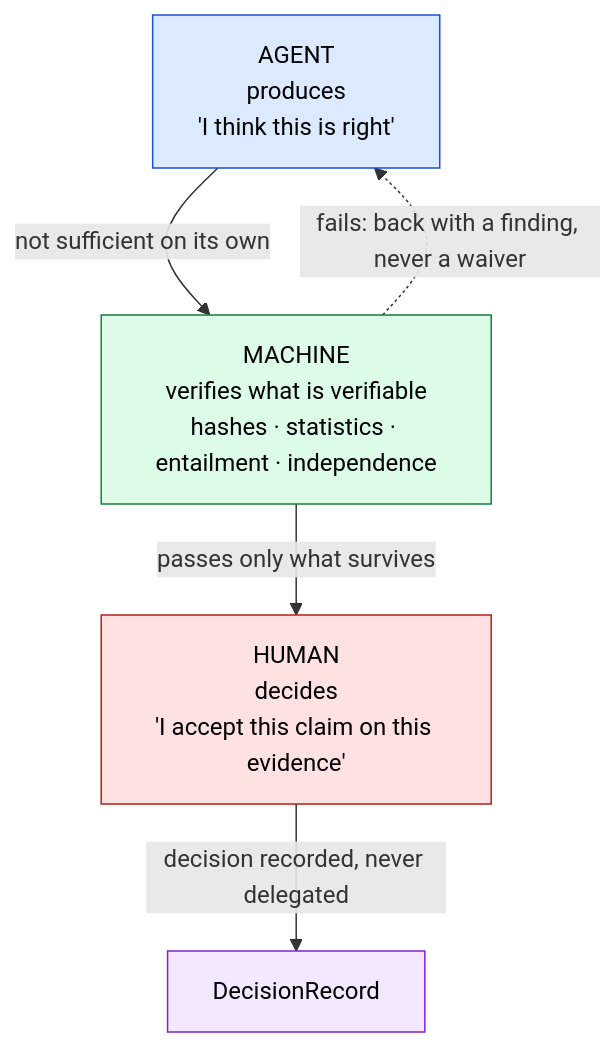
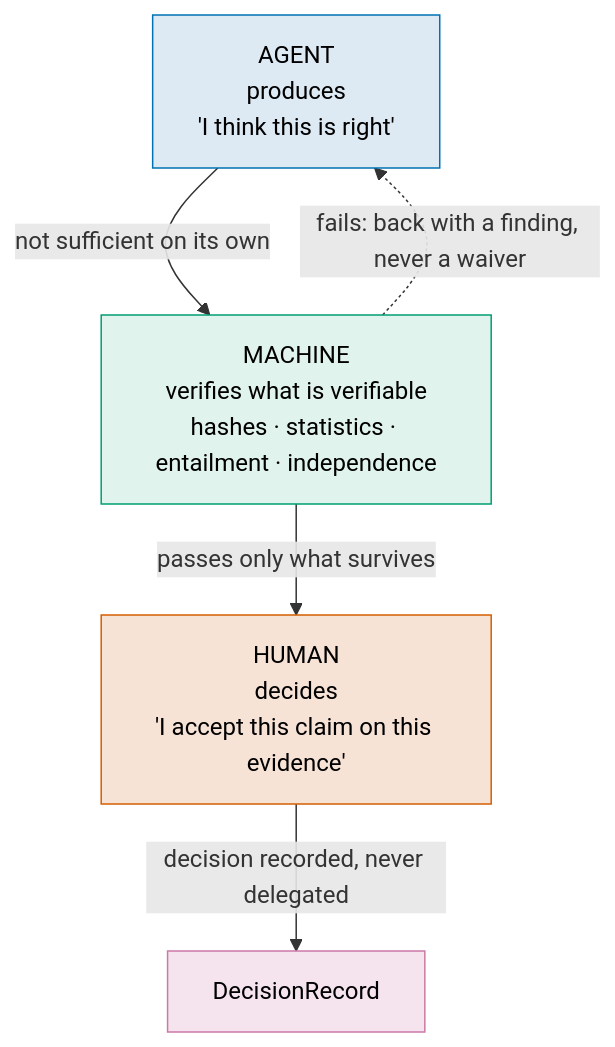
One commit to furkanhanilci/AETHRION changed the second of 16 diagrams in README.md. Above: the diagram before and after it, drawn with Mermaid. The commit also changed other lines of this file and 32 other files, not shown here.

````diff
--- a/README.md
+++ b/README.md
@@ -110,14 +120,14 @@
 ```mermaid
 flowchart TD
     A["AGENT<br/>produces<br/>'I think this is right'"]
     M["MACHINE<br/>verifies what is verifiable<br/>hashes · statistics · entailment · independence"]
     H["HUMAN<br/>decides<br/>'I accept this claim on this evidence'"]
     A -->|"not sufficient on its own"| M
     M -->|"passes only what survives"| H
     H -->|"decision recorded, never delegated"| R["DecisionRecord"]
     M -.->|"fails: back with a finding, never a waiver"| A
-    style A fill:#dbeafe,stroke:#1d4ed8,color:#000
-    style M fill:#dcfce7,stroke:#15803d,color:#000
-    style H fill:#fee2e2,stroke:#b91c1c,color:#000
-    style R fill:#f3e8ff,stroke:#7e22ce,color:#000
+    style A fill:#DDEAF4,stroke:#0072B2,color:#000
+    style M fill:#E0F3EC,stroke:#009E73,color:#000
+    style H fill:#F7E2D6,stroke:#D55E00,color:#000
+    style R fill:#F5E4EE,stroke:#CC79A7,color:#000
 ```
````
